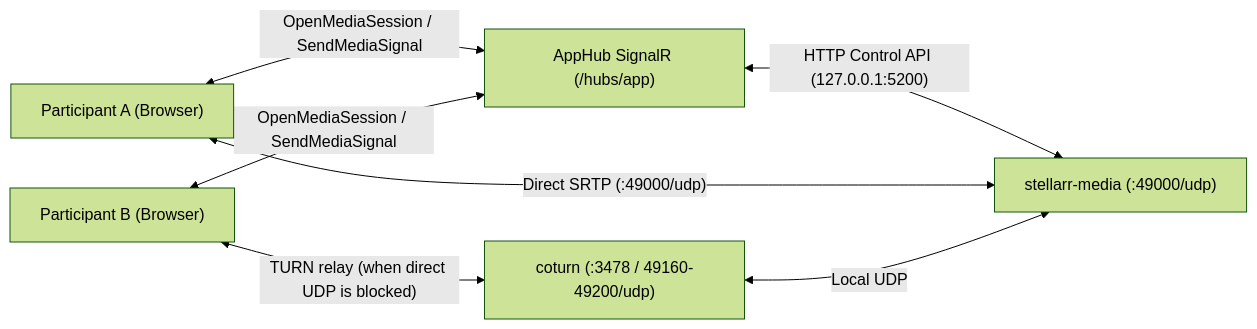
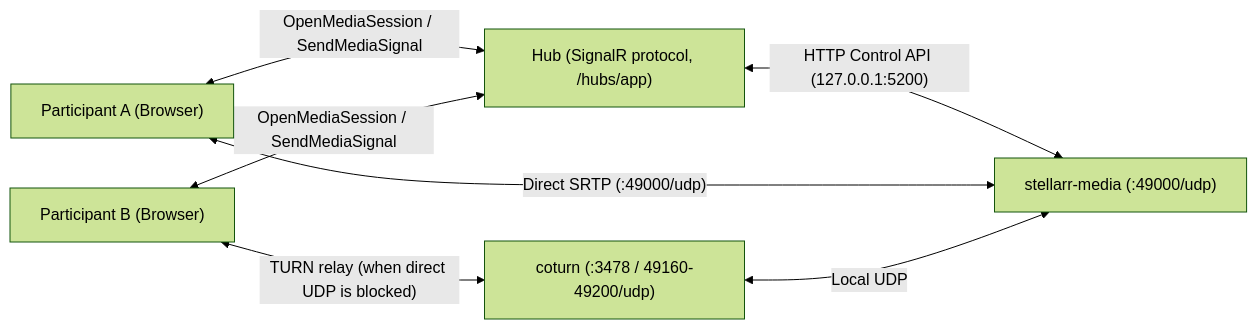
The first of 2 diagrams in docs/stellarr-media.md (Arkazzae/Stellar), drawn with Mermaid (forest theme) before and after one commit. The commit also changed other lines of this file and 8 other files, not shown here.

````diff
--- a/docs/stellarr-media.md
+++ b/docs/stellarr-media.md
@@ -27,16 +27,16 @@
 ```mermaid
 flowchart LR
     BrowserA["Participant A (Browser)"]
     BrowserB["Participant B (Browser)"]
     Turn["coturn (:3478 / 49160-49200/udp)"]
-    Hub["AppHub SignalR (/hubs/app)"]
+    Hub["Hub (SignalR protocol, /hubs/app)"]
     Media["stellarr-media (:49000/udp)"]
 
     BrowserA <-->|"OpenMediaSession / SendMediaSignal"| Hub
     BrowserB <-->|"OpenMediaSession / SendMediaSignal"| Hub
     Hub <-->|"HTTP Control API (127.0.0.1:5200)"| Media
 
     BrowserA <-->|"Direct SRTP (:49000/udp)"| Media
     BrowserB <-->|"TURN relay (when direct UDP is blocked)"| Turn
     Turn <-->|"Local UDP"| Media
 ```
````
